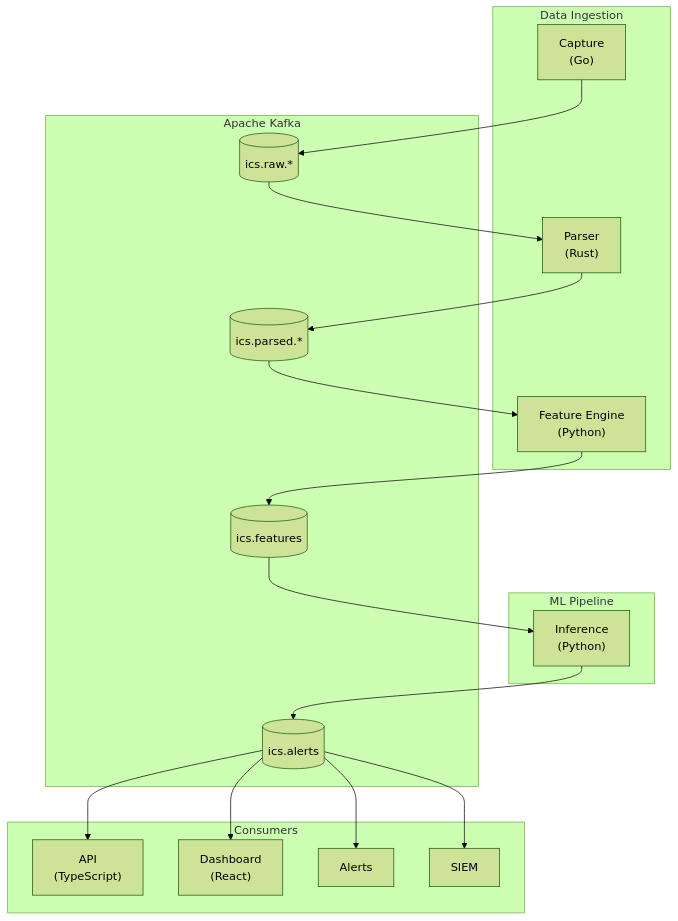
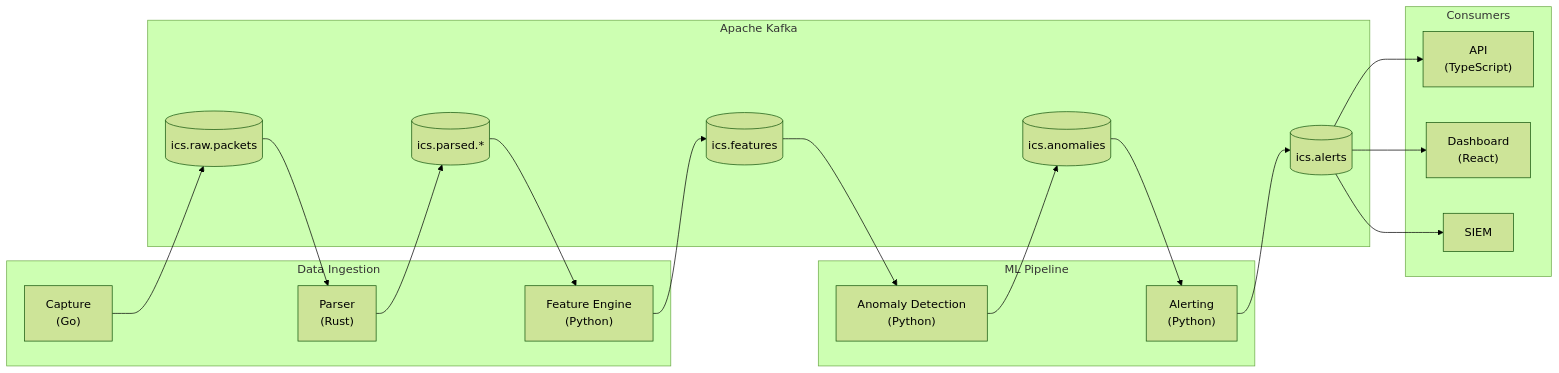
The diagram in README.md (caverac/ics-anomaly-detection), drawn with Mermaid (forest theme) before and after one commit. The commit also changed other lines of this file and 33 other files, not shown here.

````diff
--- a/README.md
+++ b/README.md
@@ -16,38 +16,40 @@
 ```mermaid
-flowchart TB
+flowchart LR
     subgraph ingestion["Data Ingestion"]
         capture["Capture<br/>(Go)"]
         parser["Parser<br/>(Rust)"]
         features["Feature Engine<br/>(Python)"]
     end
 
     subgraph ml["ML Pipeline"]
-        inference["Inference<br/>(Python)"]
+        anomaly["Anomaly Detection<br/>(Python)"]
+        alerting["Alerting<br/>(Python)"]
     end
 
     subgraph kafka["Apache Kafka"]
-        raw[("ics.raw.*")]
+        raw[("ics.raw.packets")]
         parsed[("ics.parsed.*")]
         feat[("ics.features")]
+        anomalies[("ics.anomalies")]
         alerts_topic[("ics.alerts")]
     end
 
     subgraph consumers["Consumers"]
         api["API<br/>(TypeScript)"]
         dashboard["Dashboard<br/>(React)"]
-        alerts["Alerts"]
         siem["SIEM"]
     end
 
     capture --> raw
     raw --> parser
     parser --> parsed
     parsed --> features
     features --> feat
-    feat --> inference
-    inference --> alerts_topic
+    feat --> anomaly
+    anomaly --> anomalies
+    anomalies --> alerting
+    alerting --> alerts_topic
     alerts_topic --> api
     alerts_topic --> dashboard
-    alerts_topic --> alerts
     alerts_topic --> siem
 ```
````
